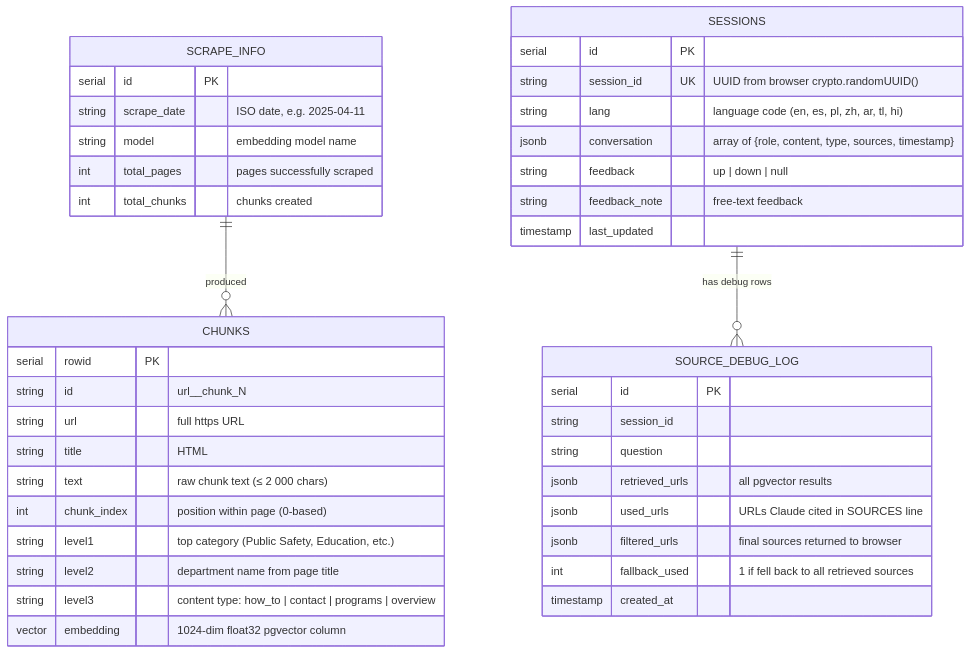
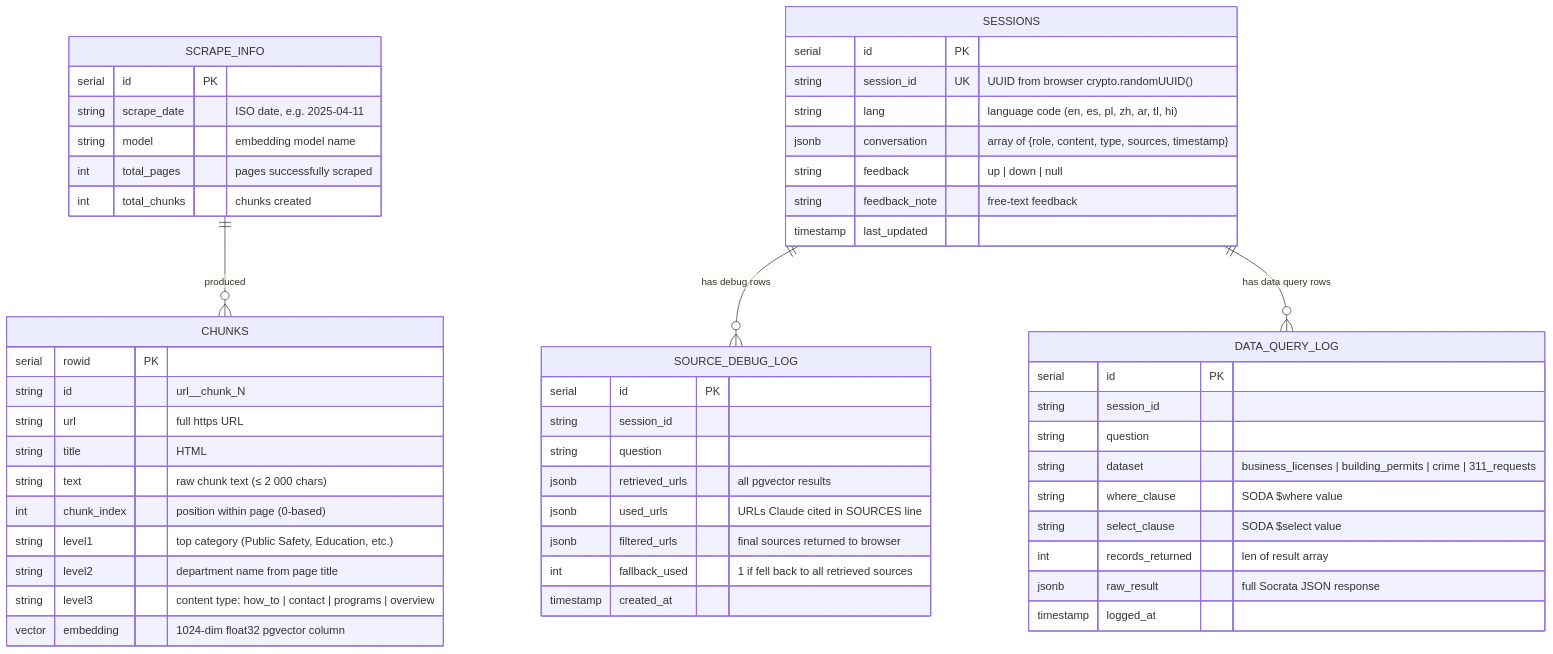
Before and after one commit to esiu-23/govt-chatbot: the fifth of 5 diagrams in project_overview.md, drawn with Mermaid. The commit also changed other lines of this file and 9 other files, not shown here.

````diff
--- a/project_overview.md
+++ b/project_overview.md
@@ -126,47 +198,60 @@
 ```mermaid
 erDiagram
     SCRAPE_INFO {
         serial  id            PK
         string  scrape_date       "ISO date, e.g. 2025-04-11"
         string  model             "embedding model name"
         int     total_pages       "pages successfully scraped"
         int     total_chunks      "chunks created"
     }
 
     CHUNKS {
         serial  rowid         PK
         string  id                "url__chunk_N"
         string  url               "full https URL"
         string  title             "HTML <title> text"
         string  text              "raw chunk text (≤ 2 000 chars)"
         int     chunk_index       "position within page (0-based)"
         string  level1            "top category (Public Safety, Education, etc.)"
         string  level2            "department name from page title"
         string  level3            "content type: how_to | contact | programs | overview"
         vector  embedding         "1024-dim float32 pgvector column"
     }
 
     SESSIONS {
         serial  id            PK
         string  session_id    UK   "UUID from browser crypto.randomUUID()"
         string  lang               "language code (en, es, pl, zh, ar, tl, hi)"
         jsonb   conversation       "array of {role, content, type, sources, timestamp}"
         string  feedback           "up | down | null"
         string  feedback_note      "free-text feedback"
         timestamp last_updated
     }
 
     SOURCE_DEBUG_LOG {
         serial  id            PK
         string  session_id
         string  question
         jsonb   retrieved_urls     "all pgvector results"
         jsonb   used_urls          "URLs Claude cited in SOURCES line"
         jsonb   filtered_urls      "final sources returned to browser"
         int     fallback_used      "1 if fell back to all retrieved sources"
         timestamp created_at
     }
 
-    SCRAPE_INFO  ||--o{ CHUNKS         : "produced"
-    SESSIONS     ||--o{ SOURCE_DEBUG_LOG : "has debug rows"
+    DATA_QUERY_LOG {
+        serial  id            PK
+        string  session_id
+        string  question
+        string  dataset           "business_licenses | building_permits | crime | 311_requests"
+        string  where_clause      "SODA $where value"
+        string  select_clause     "SODA $select value"
+        int     records_returned  "len of result array"
+        jsonb   raw_result        "full Socrata JSON response"
+        timestamp logged_at
+    }
+
+    SCRAPE_INFO  ||--o{ CHUNKS            : "produced"
+    SESSIONS     ||--o{ SOURCE_DEBUG_LOG  : "has debug rows"
+    SESSIONS     ||--o{ DATA_QUERY_LOG    : "has data query rows"
 ```
````
